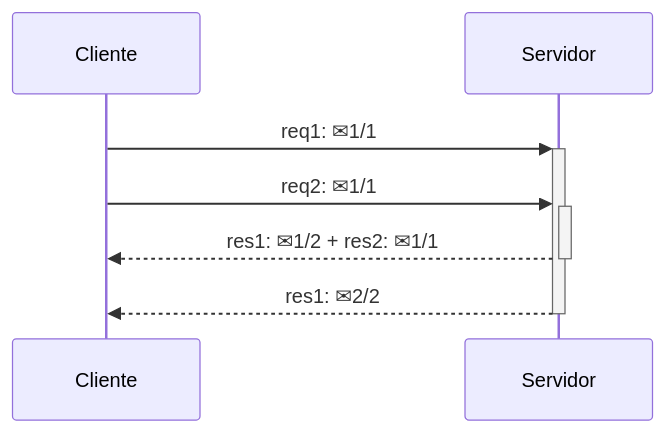
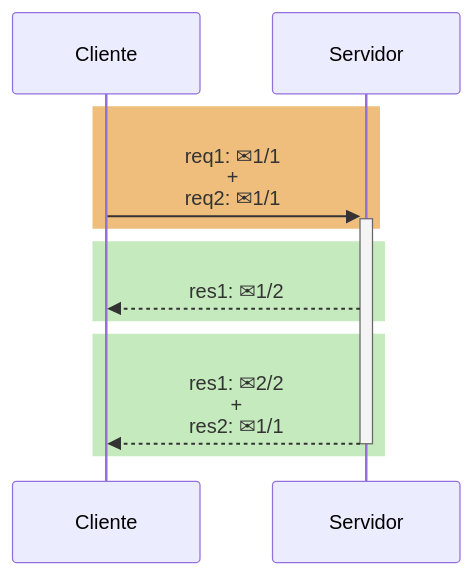
The second of 4 diagrams in src/posts/2024/03/http2-e-http3-explicados.md (alexandrehtrb/alexandrehtrb.github.io), drawn with Mermaid before and after one commit. The commit also changed other lines of this file and 1 other file, not shown here.

Commit message:
article: colouring TCP packets in diagrams

````diff
--- a/src/posts/2024/03/http2-e-http3-explicados.md
+++ b/src/posts/2024/03/http2-e-http3-explicados.md
@@ -128,7 +128,12 @@
 ```mermaid
 sequenceDiagram
-    Cliente->>+Servidor: req1: #9993;1/1
-    Cliente->>+Servidor: req2: #9993;1/1
-    Servidor-->>-Cliente: res1: #9993;1/2 + res2: #9993;1/1
-    Servidor-->>-Cliente: res1: #9993;2/2
+    rect rgb(239,190,125)
+        Cliente->>+Servidor: req1: #9993;1/1<br>+<br>req2: #9993;1/1
+    end
+    rect rgb(197, 234, 189)
+        Servidor-->>Cliente: res1: #9993;1/2
+    end
+    rect rgb(197, 234, 189)
+        Servidor-->>-Cliente: res1: #9993;2/2<br>+<br>res2: #9993;1/1
+    end
 ```
````
